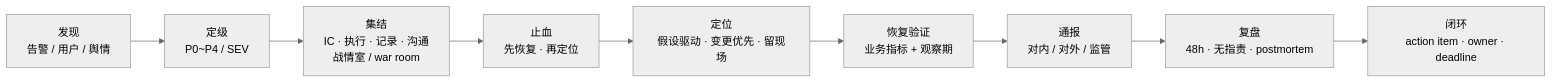
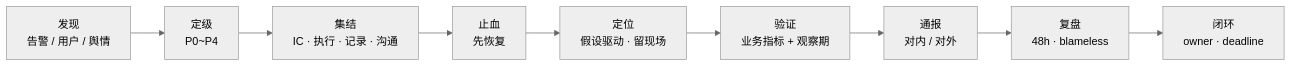
Before and after one commit to ml-cuizijun/LearnToLilith: the first of 4 diagrams in 09-可观测性与SRE方法论/07-故障管理与复盘/知识点.md, drawn with Mermaid (neutral theme). The commit also changed other lines of this file and 178 other files, not shown here.

````diff
--- a/09-可观测性与SRE方法论/07-故障管理与复盘/知识点.md
+++ b/09-可观测性与SRE方法论/07-故障管理与复盘/知识点.md
@@ -19,11 +14,11 @@
 ```mermaid
 flowchart LR
-    DIS["发现<br/>告警 / 用户 / 舆情"] --> SEV["定级<br/>P0~P4 / SEV"]
-    SEV --> MOB["集结<br/>IC · 执行 · 记录 · 沟通<br/>战情室 / war room"]
-    MOB --> STOP["止血<br/>先恢复 · 再定位"]
-    STOP --> LOC["定位<br/>假设驱动 · 变更优先 · 留现场"]
-    LOC --> VER["恢复验证<br/>业务指标 + 观察期"]
-    VER --> NOTE["通报<br/>对内 / 对外 / 监管"]
-    NOTE --> PM["复盘<br/>48h · 无指责 · postmortem"]
-    PM --> CLOSE["闭环<br/>action item · owner · deadline"]
+    DIS["发现<br/>告警 / 用户 / 舆情"] --> SEV["定级<br/>P0~P4"]
+    SEV --> MOB["集结<br/>IC · 执行 · 记录 · 沟通"]
+    MOB --> STOP["止血<br/>先恢复"]
+    STOP --> LOC["定位<br/>假设驱动 · 留现场"]
+    LOC --> VER["验证<br/>业务指标 + 观察期"]
+    VER --> NOTE["通报<br/>对内 / 对外"]
+    NOTE --> PM["复盘<br/>48h · blameless"]
+    PM --> CLOSE["闭环<br/>owner · deadline"]
 ```
````
